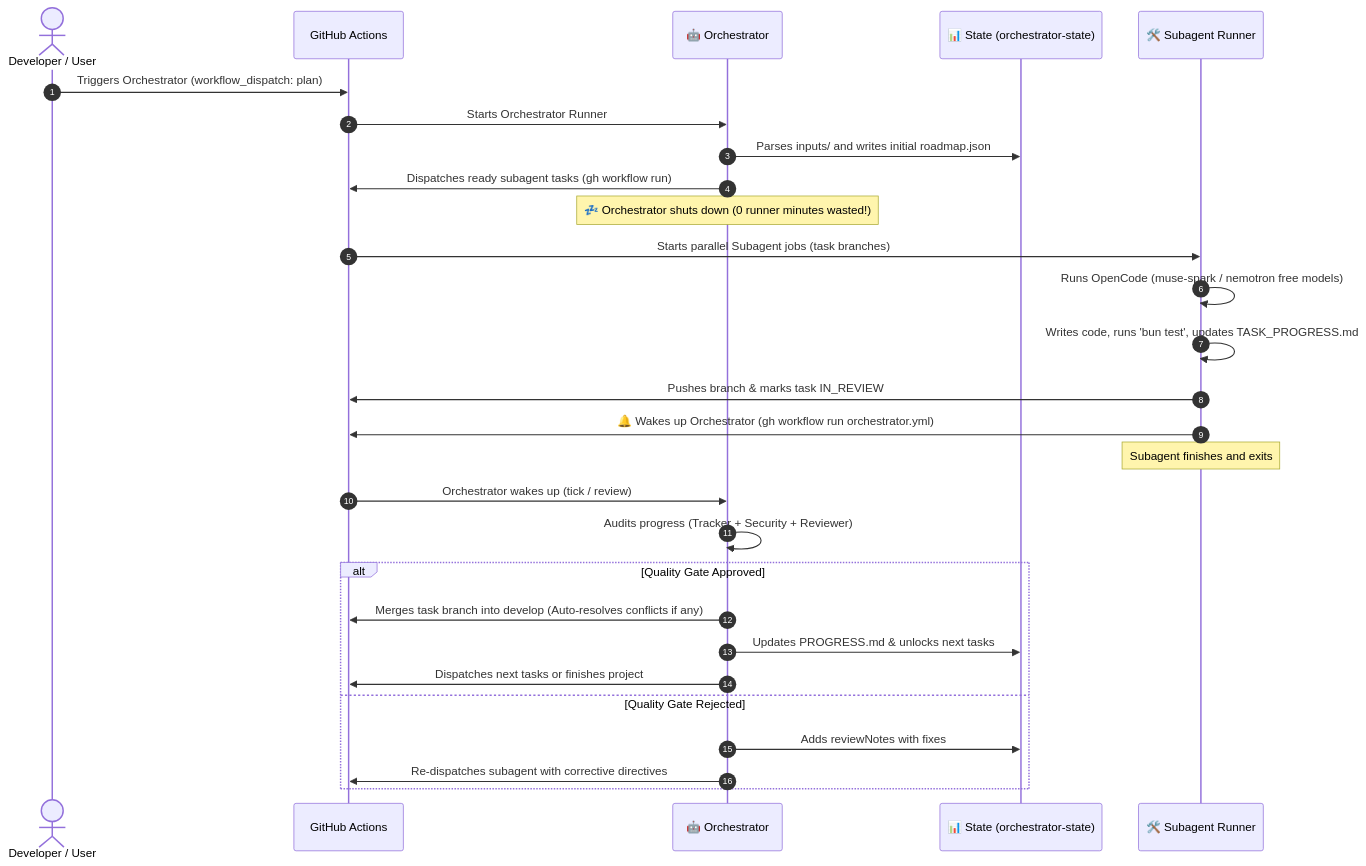
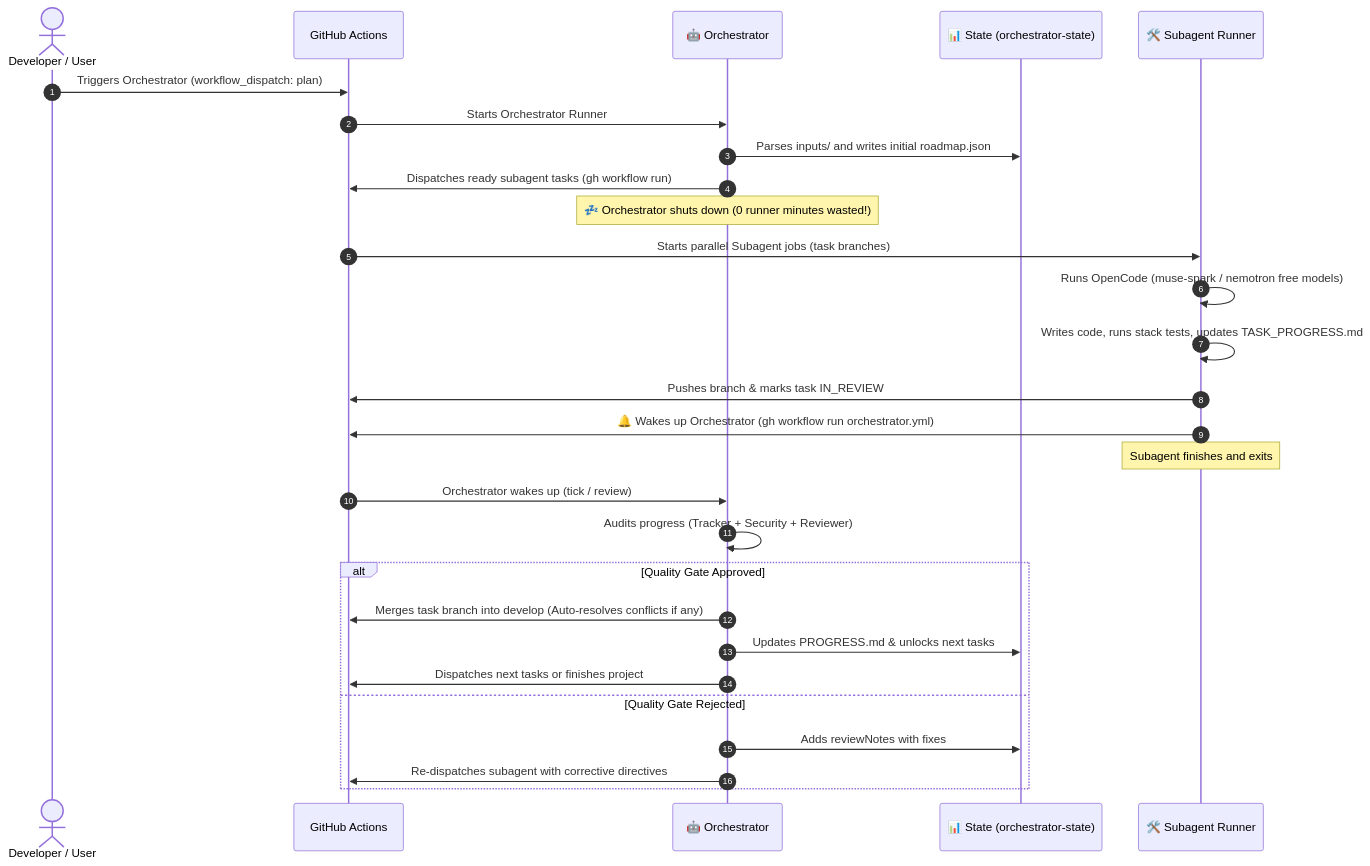
Before and after one commit to Taiizor/Orchestrator: the second of 3 diagrams in README.md, drawn with Mermaid. The commit also changed other lines of this file and 27 other files, not shown here.

````diff
--- a/README.md
+++ b/README.md
@@ -68,33 +68,33 @@
 ```mermaid
 sequenceDiagram
     autonumber
     actor User as Developer / User
     participant GH as GitHub Actions
     participant Orch as 🤖 Orchestrator
     participant State as 📊 State (orchestrator-state)
     participant Sub as 🛠️ Subagent Runner
 
     User->>GH: Triggers Orchestrator (workflow_dispatch: plan)
     GH->>Orch: Starts Orchestrator Runner
     Orch->>State: Parses inputs/ and writes initial roadmap.json
     Orch->>GH: Dispatches ready subagent tasks (gh workflow run)
     Note over Orch: 💤 Orchestrator shuts down (0 runner minutes wasted!)
 
     GH->>Sub: Starts parallel Subagent jobs (task branches)
     Sub->>Sub: Runs OpenCode (muse-spark / nemotron free models)
-    Sub->>Sub: Writes code, runs 'bun test', updates TASK_PROGRESS.md
+    Sub->>Sub: Writes code, runs stack tests, updates TASK_PROGRESS.md
     Sub->>GH: Pushes branch & marks task IN_REVIEW
     Sub->>GH: 🔔 Wakes up Orchestrator (gh workflow run orchestrator.yml)
     Note over Sub: Subagent finishes and exits
 
     GH->>Orch: Orchestrator wakes up (tick / review)
     Orch->>Orch: Audits progress (Tracker + Security + Reviewer)
     alt Quality Gate Approved
         Orch->>GH: Merges task branch into develop (Auto-resolves conflicts if any)
         Orch->>State: Updates PROGRESS.md & unlocks next tasks
         Orch->>GH: Dispatches next tasks or finishes project
     else Quality Gate Rejected
         Orch->>State: Adds reviewNotes with fixes
         Orch->>GH: Re-dispatches subagent with corrective directives
     end
 ```
````
